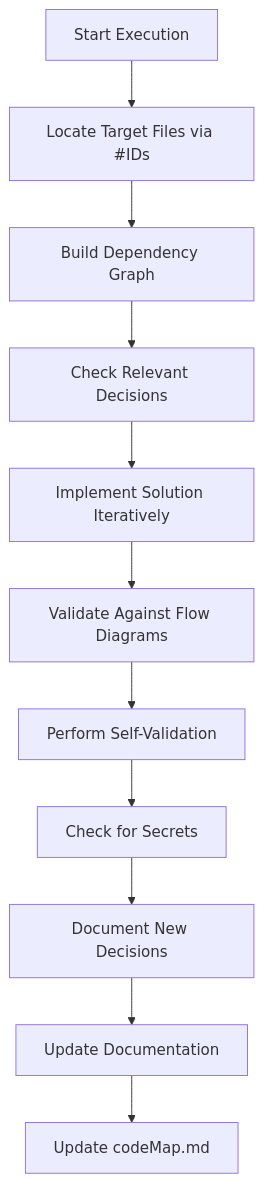
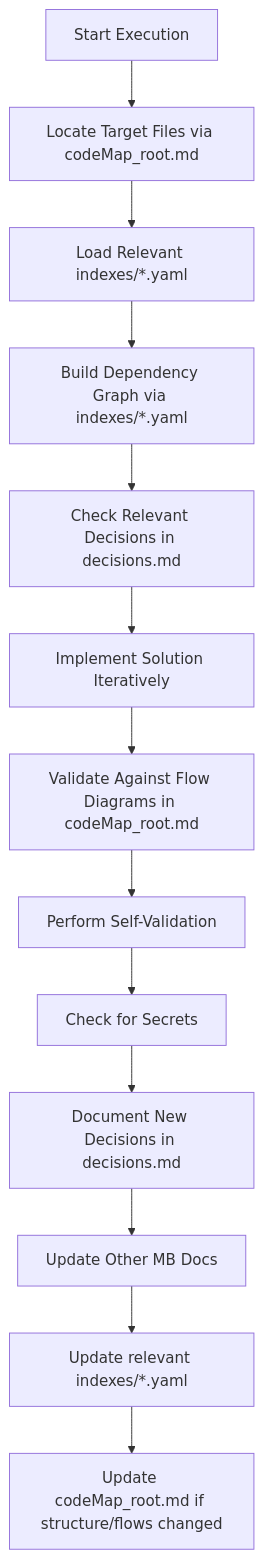
One commit to freezscholte/AI-Codex changed the fourth of 7 diagrams in Prompts/Cursor/memory-bank-with-filetree-prompt.md. Above: the diagram before and after it, drawn with Mermaid. The commit also changed other lines of this file, not shown here.

````diff
--- a/Prompts/Cursor/memory-bank-with-filetree-prompt.md
+++ b/Prompts/Cursor/memory-bank-with-filetree-prompt.md
@@ -274,13 +288,15 @@
 ```mermaid
 flowchart TD
-    Start[Start Execution] --> Locate[Locate Target Files via #IDs]
-    Locate --> BuildGraph[Build Dependency Graph]
-    BuildGraph --> CheckRelevantDecisions[Check Relevant Decisions]
+    Start[Start Execution] --> Locate[Locate Target Files via codeMap_root.md]
+    Locate --> LoadIndex[Load Relevant indexes/*.yaml]
+    LoadIndex --> BuildGraph[Build Dependency Graph via indexes/*.yaml]
+    BuildGraph --> CheckRelevantDecisions[Check Relevant Decisions in decisions.md]
     CheckRelevantDecisions --> Implement[Implement Solution Iteratively]
-    Implement --> ValidateFlow[Validate Against Flow Diagrams]
+    Implement --> ValidateFlow[Validate Against Flow Diagrams in codeMap_root.md]
     ValidateFlow --> SelfValidation[Perform Self-Validation]
     SelfValidation --> CheckSecrets[Check for Secrets]
-    CheckSecrets --> DocumentDecisions[Document New Decisions]
-    DocumentDecisions --> UpdateDocs[Update Documentation]
-    UpdateDocs --> UpdateCodeMap[Update codeMap.md]
+    CheckSecrets --> DocumentDecisions[Document New Decisions in decisions.md]
+    DocumentDecisions --> UpdateDocs[Update Other MB Docs]
+    UpdateDocs --> UpdateIndex[Update relevant indexes/*.yaml]
+    UpdateIndex --> UpdateRootMap[Update codeMap_root.md if structure/flows changed]
 ```
````
